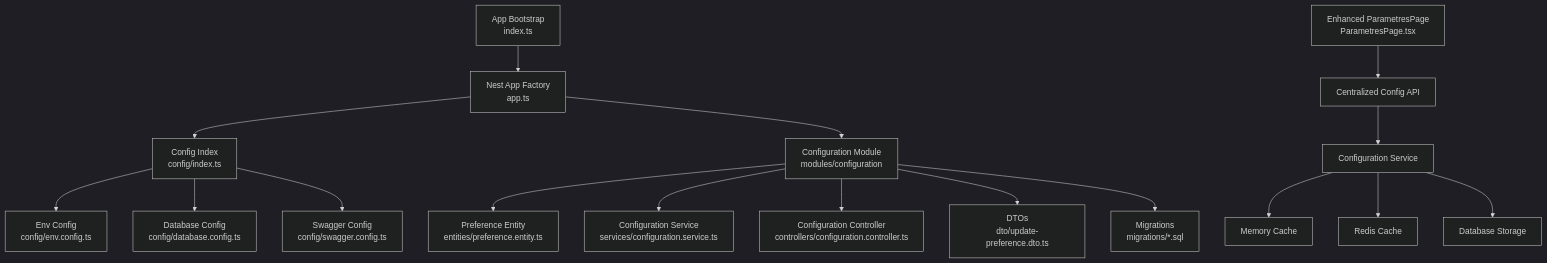
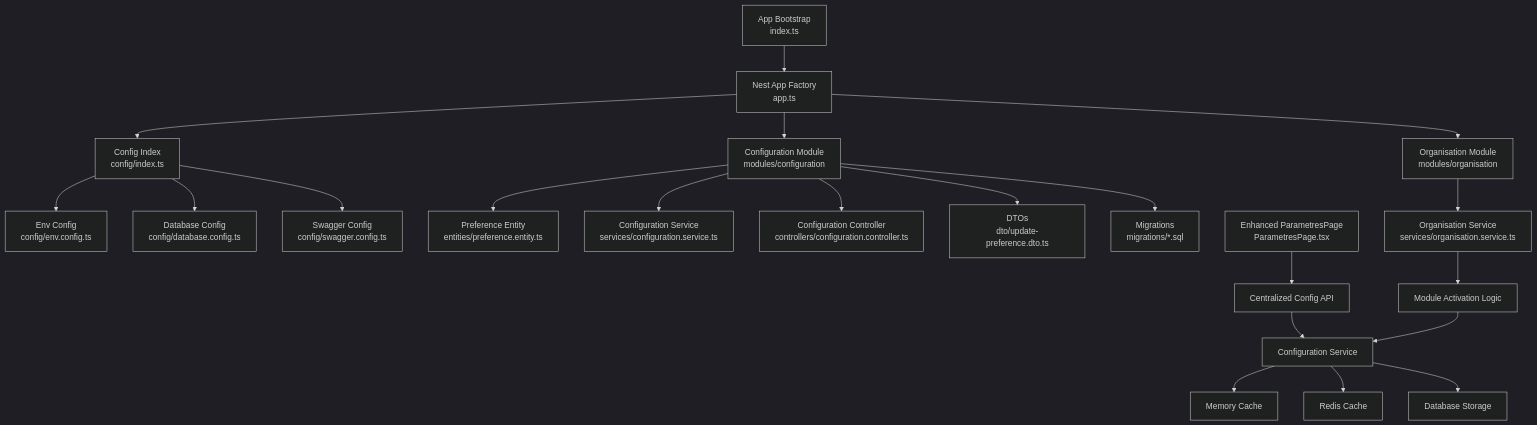
Before and after one commit to franckylab/eLISAschool: the first of 5 diagrams in .qoder/repowiki/en/content/System Architecture/Backend Architecture/Configuration & Environment Management.md, drawn with Mermaid (dark theme). The commit also changed other lines of this file and 262 other files, not shown here.

First line of the commit message:
refactor(architecture): améliorer gestion distribuée de la configuration et délégation contrôleur

````diff
--- a/.qoder/repowiki/en/content/System Architecture/Backend Architecture/Configuration & Environment Management.md
+++ b/.qoder/repowiki/en/content/System Architecture/Backend Architecture/Configuration & Environment Management.md
@@ -70,19 +71,23 @@
 ```mermaid
 graph TB
 A["App Bootstrap<br/>index.ts"] --> B["Nest App Factory<br/>app.ts"]
 B --> C["Config Index<br/>config/index.ts"]
 C --> D["Env Config<br/>config/env.config.ts"]
 C --> E["Database Config<br/>config/database.config.ts"]
 C --> F["Swagger Config<br/>config/swagger.config.ts"]
 B --> G["Configuration Module<br/>modules/configuration"]
 G --> H["Preference Entity<br/>entities/preference.entity.ts"]
 G --> I["Configuration Service<br/>services/configuration.service.ts"]
 G --> J["Configuration Controller<br/>controllers/configuration.controller.ts"]
 G --> K["DTOs<br/>dto/update-preference.dto.ts"]
 G --> L["Migrations<br/>migrations/*.sql"]
-M["Enhanced ParametresPage<br/>ParametresPage.tsx"] --> N["Centralized Config API"]
-N --> O["Configuration Service"]
-O --> P["Memory Cache"]
-O --> Q["Redis Cache"]
-O --> R["Database Storage"]
+B --> M["Organisation Module<br/>modules/organisation"]
+M --> N["Organisation Service<br/>services/organisation.service.ts"]
+O["Enhanced ParametresPage<br/>ParametresPage.tsx"] --> P["Centralized Config API"]
+P --> Q["Configuration Service"]
+Q --> R["Memory Cache"]
+Q --> S["Redis Cache"]
+Q --> T["Database Storage"]
+N --> U["Module Activation Logic"]
+U --> Q
 ```
````
